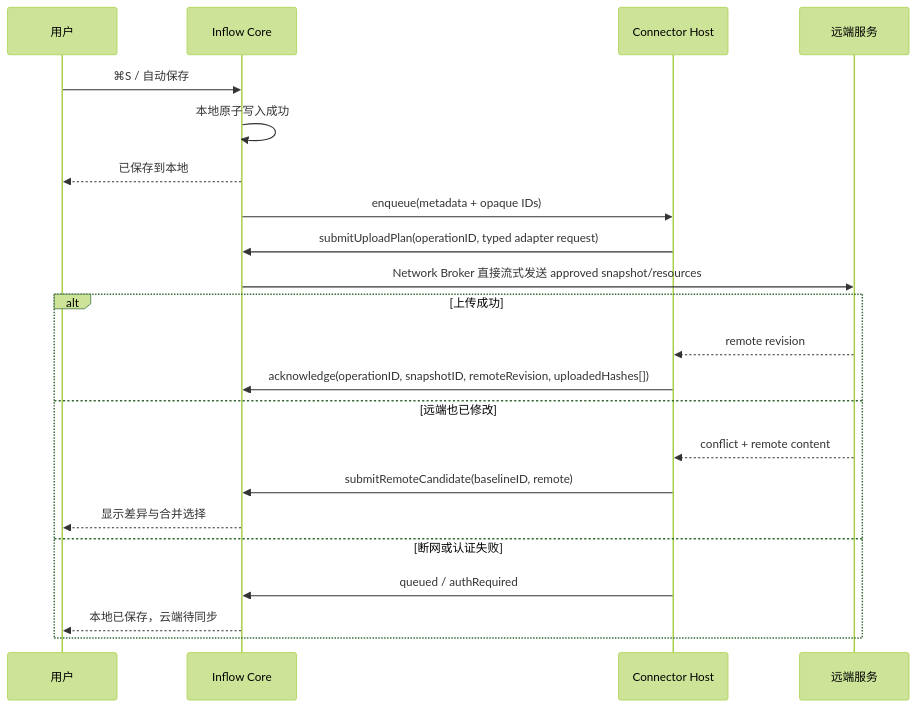
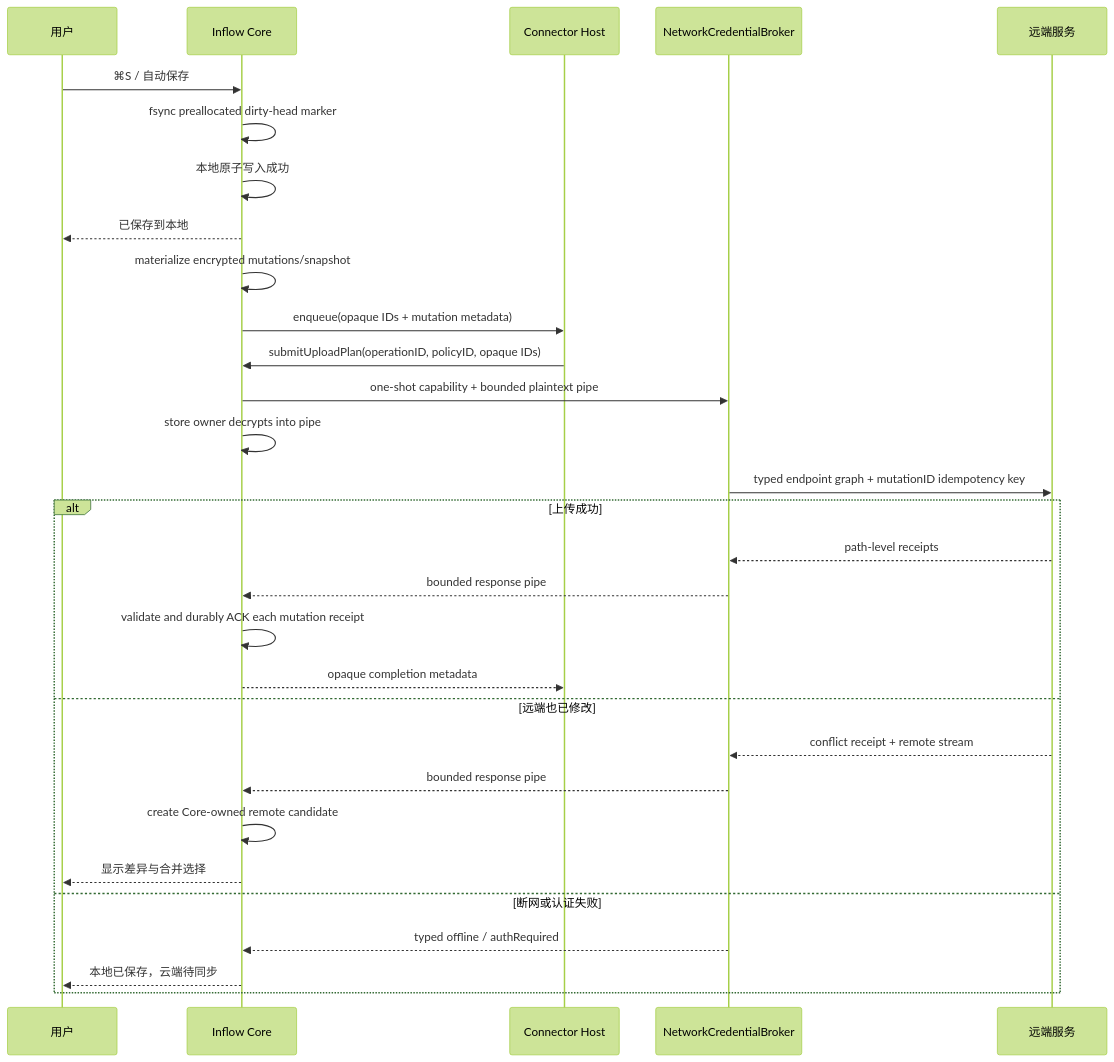
The third of 3 diagrams in docs/engineering/extensions/SYSTEM_DESIGN.md (Eulimene/Inflow), drawn with Mermaid (forest theme) before and after one commit. The commit also changed other lines of this file and 57 other files, not shown here.

````diff
--- a/docs/engineering/extensions/SYSTEM_DESIGN.md
+++ b/docs/engineering/extensions/SYSTEM_DESIGN.md
@@ -479,25 +559,33 @@
 ```mermaid
 sequenceDiagram
     participant U as 用户
     participant I as Inflow Core
     participant C as Connector Host
+    participant N as NetworkCredentialBroker
     participant R as 远端服务
 
     U->>I: ⌘S / 自动保存
+    I->>I: fsync preallocated dirty-head marker
     I->>I: 本地原子写入成功
     I-->>U: 已保存到本地
-    I->>C: enqueue(metadata + opaque IDs)
-    C->>I: submitUploadPlan(operationID, typed adapter request)
-    I->>R: Network Broker 直接流式发送 approved snapshot/resources
+    I->>I: materialize encrypted mutations/snapshot
+    I->>C: enqueue(opaque IDs + mutation metadata)
+    C->>I: submitUploadPlan(operationID, policyID, opaque IDs)
+    I->>N: one-shot capability + bounded plaintext pipe
+    I->>I: store owner decrypts into pipe
+    N->>R: typed endpoint graph + mutationID idempotency key
     alt 上传成功
-      R-->>C: remote revision
-      C->>I: acknowledge(operationID, snapshotID, remoteRevision, uploadedHashes[])
+      R-->>N: path-level receipts
+      N-->>I: bounded response pipe
+      I->>I: validate and durably ACK each mutation receipt
+      I-->>C: opaque completion metadata
     else 远端也已修改
-      R-->>C: conflict + remote content
-      C->>I: submitRemoteCandidate(baselineID, remote)
+      R-->>N: conflict receipt + remote stream
+      N-->>I: bounded response pipe
+      I->>I: create Core-owned remote candidate
       I-->>U: 显示差异与合并选择
     else 断网或认证失败
-      C->>I: queued / authRequired
+      N-->>I: typed offline / authRequired
       I-->>U: 本地已保存，云端待同步
     end
 ```
````
